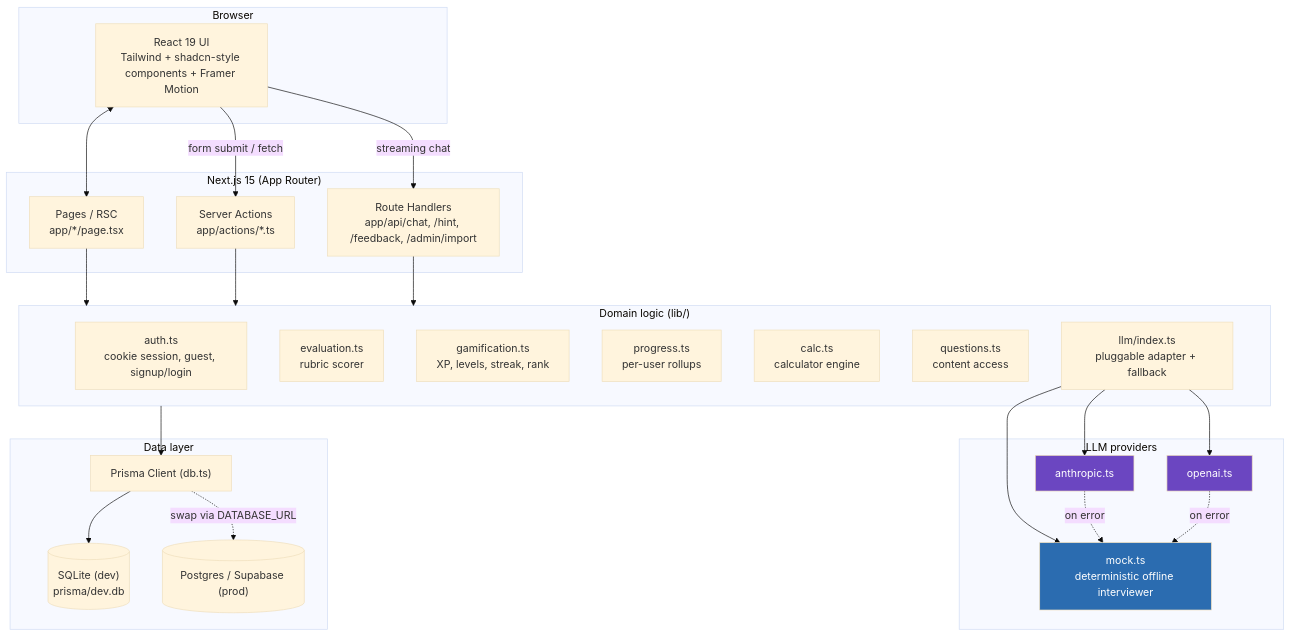
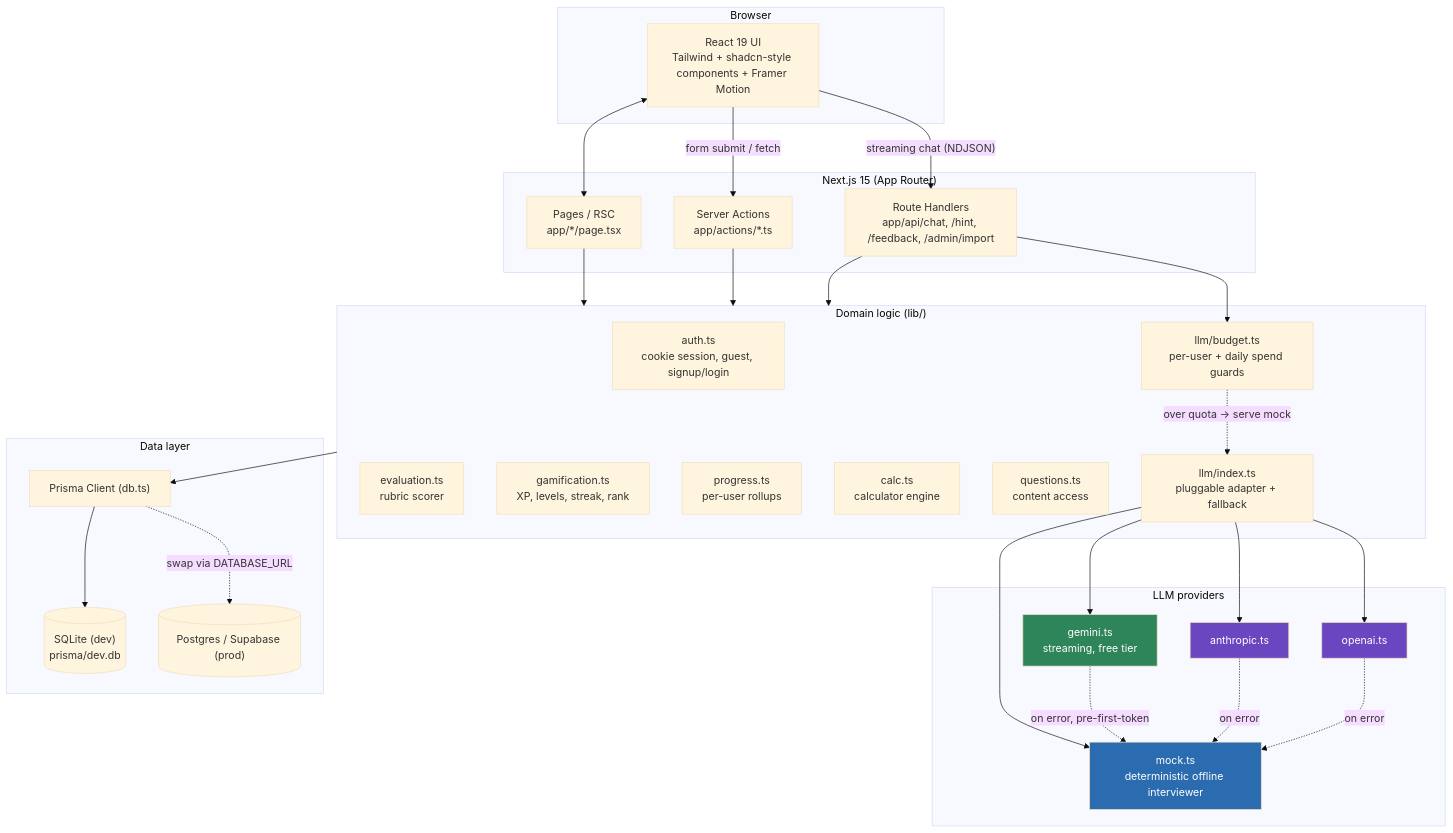
The first of 7 diagrams in docs/ARCHITECTURE.md (pr4t3ek/FAKEcases), drawn with Mermaid (base theme) before and after one commit. The commit also changed other lines of this file and 26 other files, not shown here.

````diff
--- a/docs/ARCHITECTURE.md
+++ b/docs/ARCHITECTURE.md
@@ -19,53 +19,60 @@
 ```mermaid
 flowchart TB
     subgraph Client["Browser"]
         UI["React 19 UI\nTailwind + shadcn-style components + Framer Motion"]
     end
 
     subgraph Next["Next.js 15 (App Router)"]
         Pages["Pages / RSC\napp/*/page.tsx"]
         Actions["Server Actions\napp/actions/*.ts"]
         Routes["Route Handlers\napp/api/chat, /hint, /feedback, /admin/import"]
     end
 
     subgraph Domain["Domain logic (lib/)"]
         Auth["auth.ts\ncookie session, guest, signup/login"]
         Eval["evaluation.ts\nrubric scorer"]
         Game["gamification.ts\nXP, levels, streak, rank"]
         Progress["progress.ts\nper-user rollups"]
         Calc["calc.ts\ncalculator engine"]
         Questions["questions.ts\ncontent access"]
         LLM["llm/index.ts\npluggable adapter + fallback"]
+        Budget["llm/budget.ts\nper-user + daily spend guards"]
     end
 
     subgraph Providers["LLM providers"]
         Mock["mock.ts\ndeterministic offline interviewer"]
+        Gemini["gemini.ts\nstreaming, free tier"]
         Anthropic["anthropic.ts"]
         OpenAI["openai.ts"]
     end
 
     subgraph Data["Data layer"]
         Prisma["Prisma Client (db.ts)"]
         SQLite[("SQLite (dev)\nprisma/dev.db")]
         Postgres[("Postgres / Supabase (prod)")]
     end
 
     UI <--> Pages
     UI -- "form submit / fetch" --> Actions
-    UI -- "streaming chat" --> Routes
+    UI -- "streaming chat (NDJSON)" --> Routes
     Pages --> Domain
     Actions --> Domain
     Routes --> Domain
+    Routes --> Budget
+    Budget -. "over quota → serve mock" .-> LLM
     LLM --> Mock
+    LLM --> Gemini
     LLM --> Anthropic
     LLM --> OpenAI
+    Gemini -. "on error, pre-first-token" .-> Mock
     Anthropic -. "on error" .-> Mock
     OpenAI -. "on error" .-> Mock
     Domain --> Prisma
     Prisma --> SQLite
     Prisma -. "swap via DATABASE_URL" .-> Postgres
 
     style Mock fill:#2b6cb0,color:#fff
+    style Gemini fill:#2f855a,color:#fff
     style Anthropic fill:#6b46c1,color:#fff
     style OpenAI fill:#6b46c1,color:#fff
 ```
````
